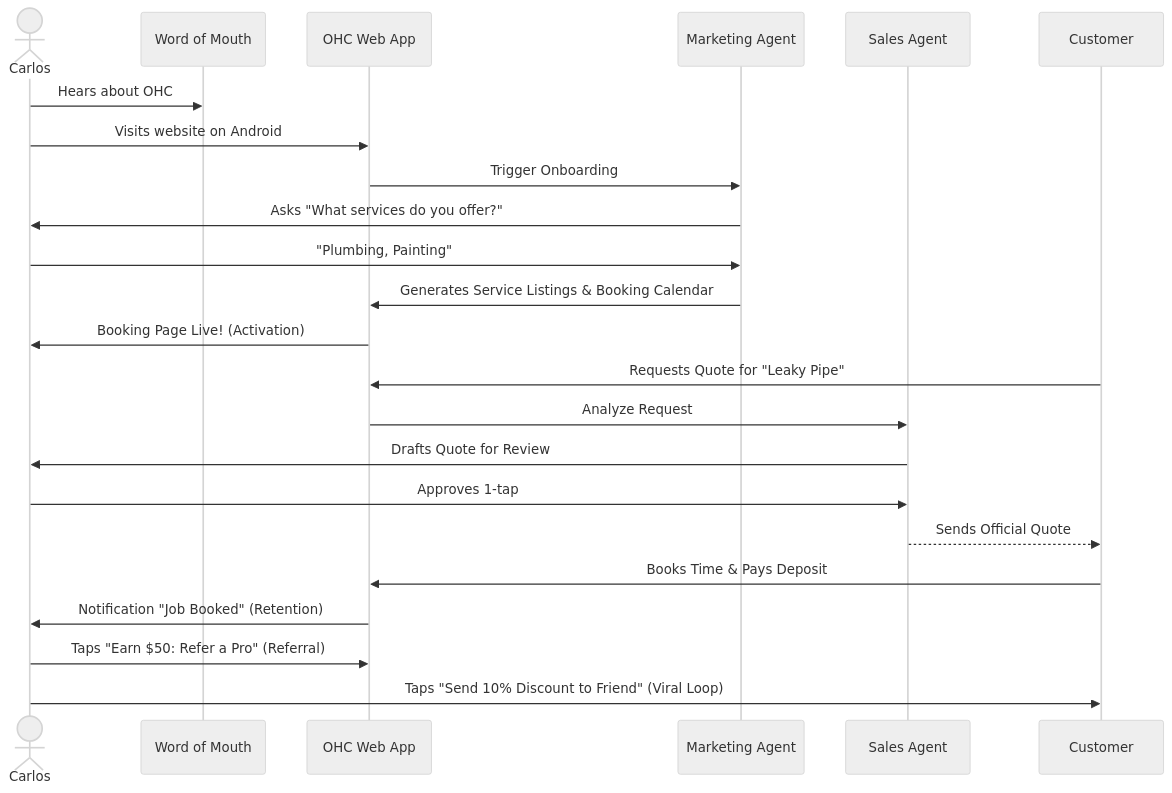
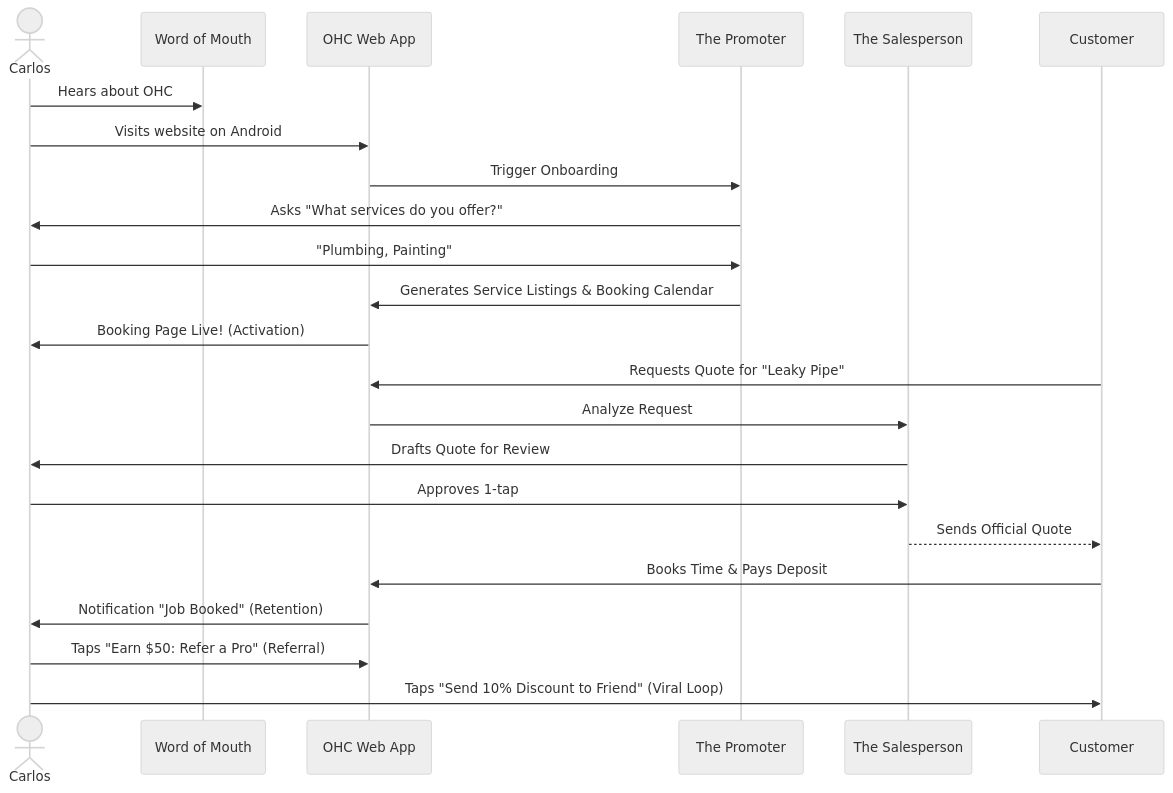
One commit to omnisolo-llc/onehumancorp changed the second of 5 diagrams in docs/research/[architecture]_business_journey.md. Above: the diagram before and after it, drawn with Mermaid (neutral theme). The commit also changed other lines of this file and 1 other file, not shown here.

Commit message:
Add comprehensive business journey architecture research report

````diff
--- a/docs/research/[architecture]_business_journey.md
+++ b/docs/research/[architecture]_business_journey.md
@@ -71,26 +89,26 @@
 ```mermaid
 sequenceDiagram
     actor Carlos
     participant WoM as Word of Mouth
     participant OHC as OHC Web App
-    participant AI_Mark as Marketing Agent
-    participant AI_Sales as Sales Agent
+    participant AI_Mark as The Promoter
+    participant AI_Sales as The Salesperson
     participant Cust as Customer
 
     Carlos->>WoM: Hears about OHC
     Carlos->>OHC: Visits website on Android
     OHC->>AI_Mark: Trigger Onboarding
     AI_Mark->>Carlos: Asks "What services do you offer?"
     Carlos->>AI_Mark: "Plumbing, Painting"
     AI_Mark->>OHC: Generates Service Listings & Booking Calendar
     OHC->>Carlos: Booking Page Live! (Activation)
     Cust->>OHC: Requests Quote for "Leaky Pipe"
     OHC->>AI_Sales: Analyze Request
     AI_Sales->>Carlos: Drafts Quote for Review
     Carlos->>AI_Sales: Approves 1-tap
     AI_Sales-->>Cust: Sends Official Quote
     Cust->>OHC: Books Time & Pays Deposit
     OHC->>Carlos: Notification "Job Booked" (Retention)
     Carlos->>OHC: Taps "Earn $50: Refer a Pro" (Referral)
     Carlos->>Cust: Taps "Send 10% Discount to Friend" (Viral Loop)
 ```
````
